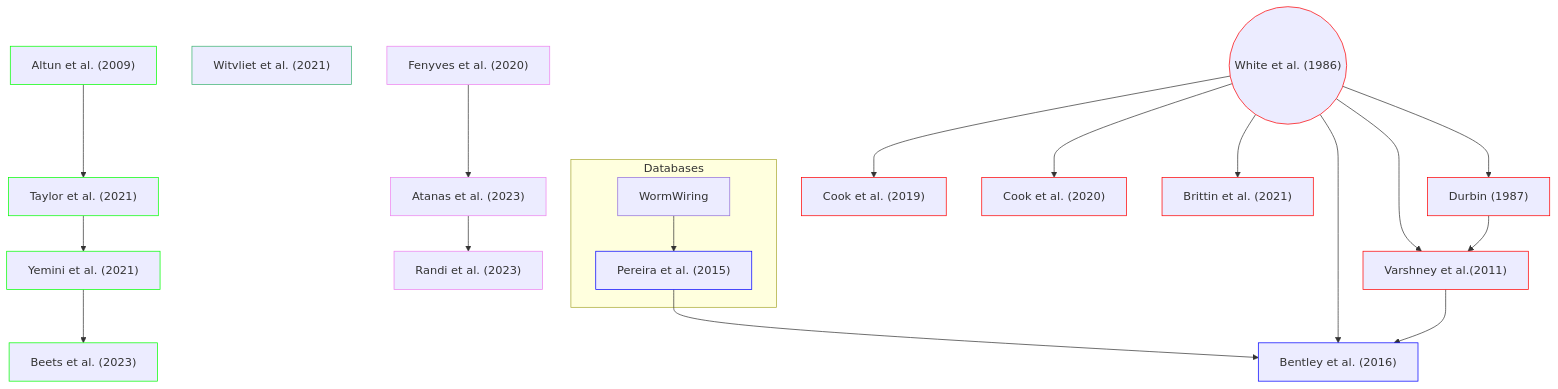
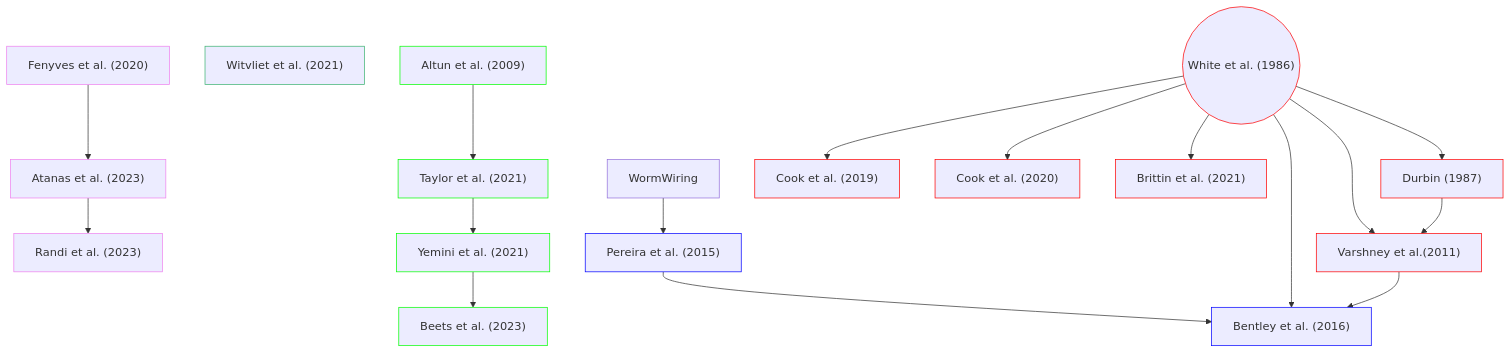
The diagram in README.md (yasinthanvickneswaran/mermaidtest), drawn with Mermaid before and after one commit.

````diff
--- a/README.md
+++ b/README.md
@@ -1,30 +1,29 @@
 ```mermaid
 flowchart TD
     classDef anat stroke:#f00
     classDef gene stroke:#0f0
     classDef es stroke:#00f
     classDef func stroke:#ee82ee
     classDef dev stroke:#3cb371
 
     H["Fenyves et al. (2020)"]:::func --> O["Atanas et al. (2023)"]:::func
     O --> P["Randi et al. (2023)"]:::func    
     K["Witvliet et al. (2021)"]:::dev
     E["Pereira et al. (2015)"]:::es --> F["Bentley et al. (2016)"]:::es
 
     C["Altun et al. (2009)"]:::gene --> L["Taylor et al. (2021)"]:::gene
     L --> M["Yemini et al. (2021)"]:::gene
     M --> N["Beets et al. (2023)"]:::gene
 
     A(("White et al. (1986)")):::anat --> B["Durbin (1987)"]:::anat
     classDef anatomical fill:#f93
     A --> D["Varshney et al.(2011)"]:::anat
     B --> D
     A --> G["Cook et al. (2019)"]:::anat
     A --> I["Cook et al. (2020)"]:::anat
     A --> J["Brittin et al. (2021)"]:::anat
     A --> F
     D --> F
-    subgraph Databases
     DB1["WormWiring"] --> E
-    end
+
 ```
````
